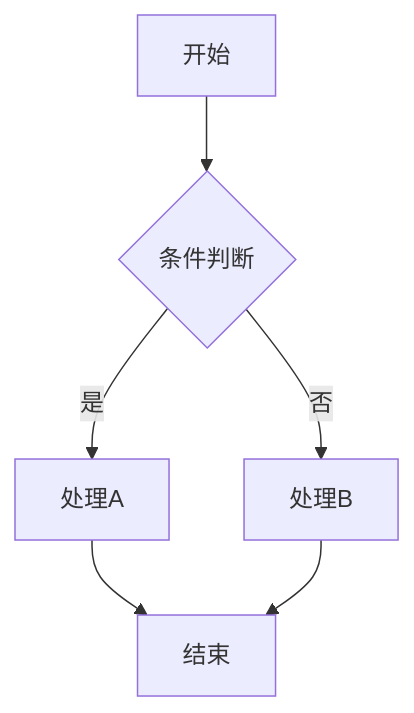
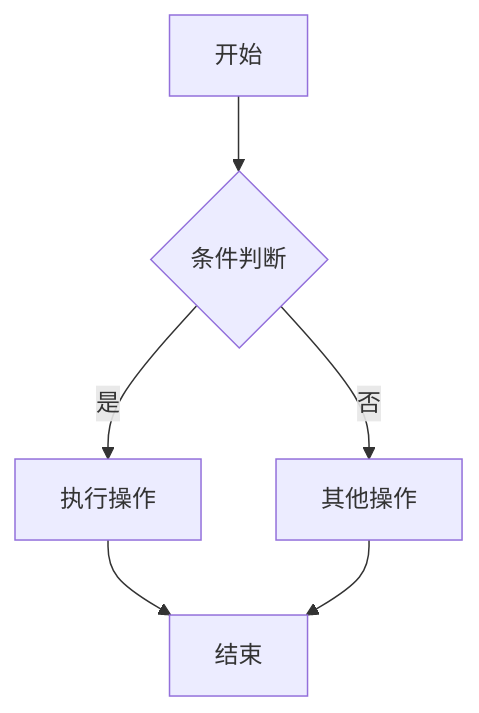
The first of 10 diagrams in skills/diagram-generator/SKILL.md (hongmaple0820/openclaw-dindin-chart), drawn with Mermaid before and after one commit. The commit also changed other lines of this file and 14 other files, not shown here.

````diff
--- a/skills/diagram-generator/SKILL.md
+++ b/skills/diagram-generator/SKILL.md
@@ -35,8 +29,8 @@
 ```mermaid
 flowchart TD
     A[开始] --> B{条件判断}
-    B -->|是| C[处理A]
-    B -->|否| D[处理B]
+    B -->|是| C[执行操作]
+    B -->|否| D[其他操作]
     C --> E[结束]
     D --> E
 ```
````
